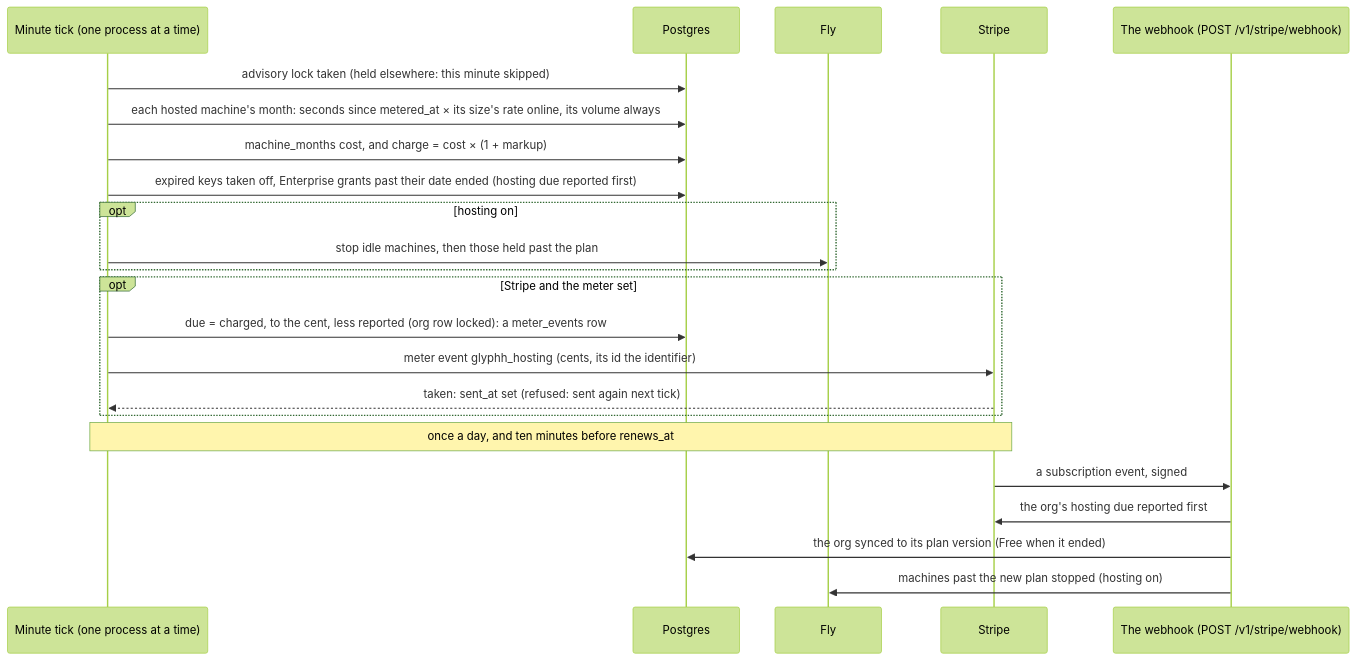
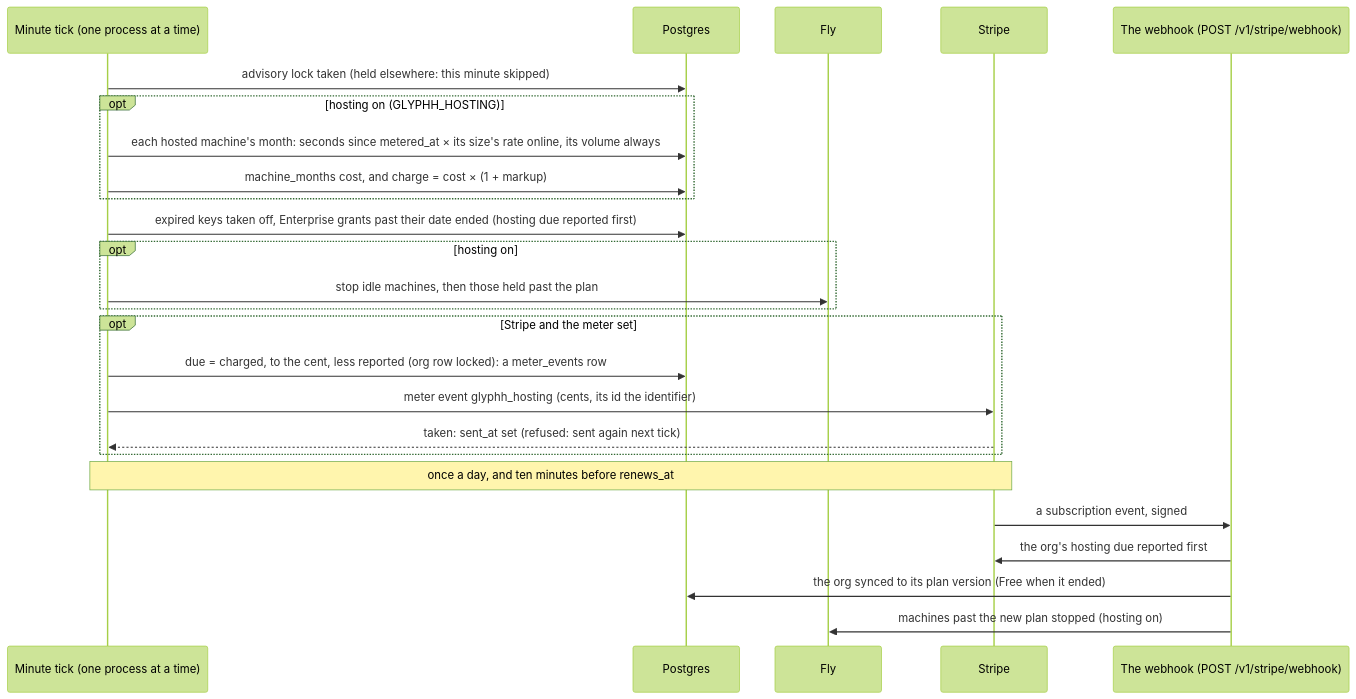
The fourth of 5 diagrams in docs/architecture.md (glyphh-ai/server), drawn with Mermaid (forest theme) before and after one commit. The commit also changed other lines of this file and 4 other files, not shown here.

````diff
--- a/docs/architecture.md
+++ b/docs/architecture.md
@@ -419,25 +419,27 @@
 ```mermaid
 sequenceDiagram
     participant T as Minute tick (one process at a time)
     participant DB as Postgres
     participant F as Fly
     participant S as Stripe
     participant W as The webhook (POST /v1/stripe/webhook)
     T->>DB: advisory lock taken (held elsewhere: this minute skipped)
-    T->>DB: each hosted machine's month: seconds since metered_at × its size's rate online, its volume always
-    T->>DB: machine_months cost, and charge = cost × (1 + markup)
+    opt hosting on (GLYPHH_HOSTING)
+        T->>DB: each hosted machine's month: seconds since metered_at × its size's rate online, its volume always
+        T->>DB: machine_months cost, and charge = cost × (1 + markup)
+    end
     T->>DB: expired keys taken off, Enterprise grants past their date ended (hosting due reported first)
     opt hosting on
         T->>F: stop idle machines, then those held past the plan
     end
     opt Stripe and the meter set
         T->>DB: due = charged, to the cent, less reported (org row locked): a meter_events row
         T->>S: meter event glyphh_hosting (cents, its id the identifier)
         S-->>T: taken: sent_at set (refused: sent again next tick)
     end
     Note over T,S: once a day, and ten minutes before renews_at
     S->>W: a subscription event, signed
     W->>S: the org's hosting due reported first
     W->>DB: the org synced to its plan version (Free when it ended)
     W->>F: machines past the new plan stopped (hosting on)
 ```
````
